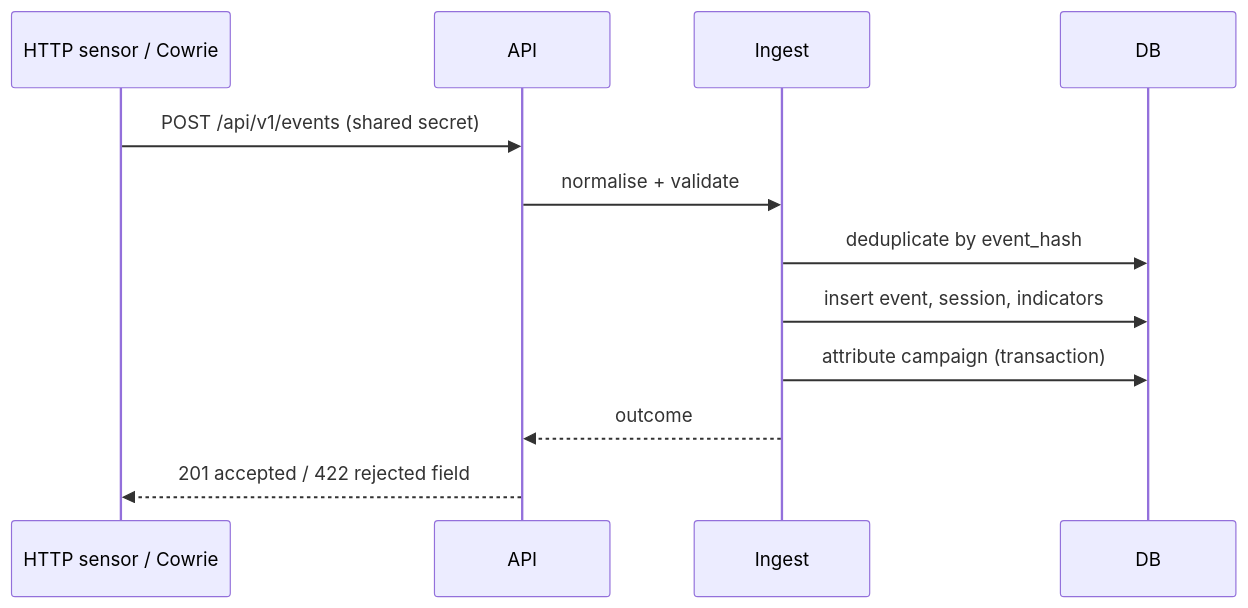
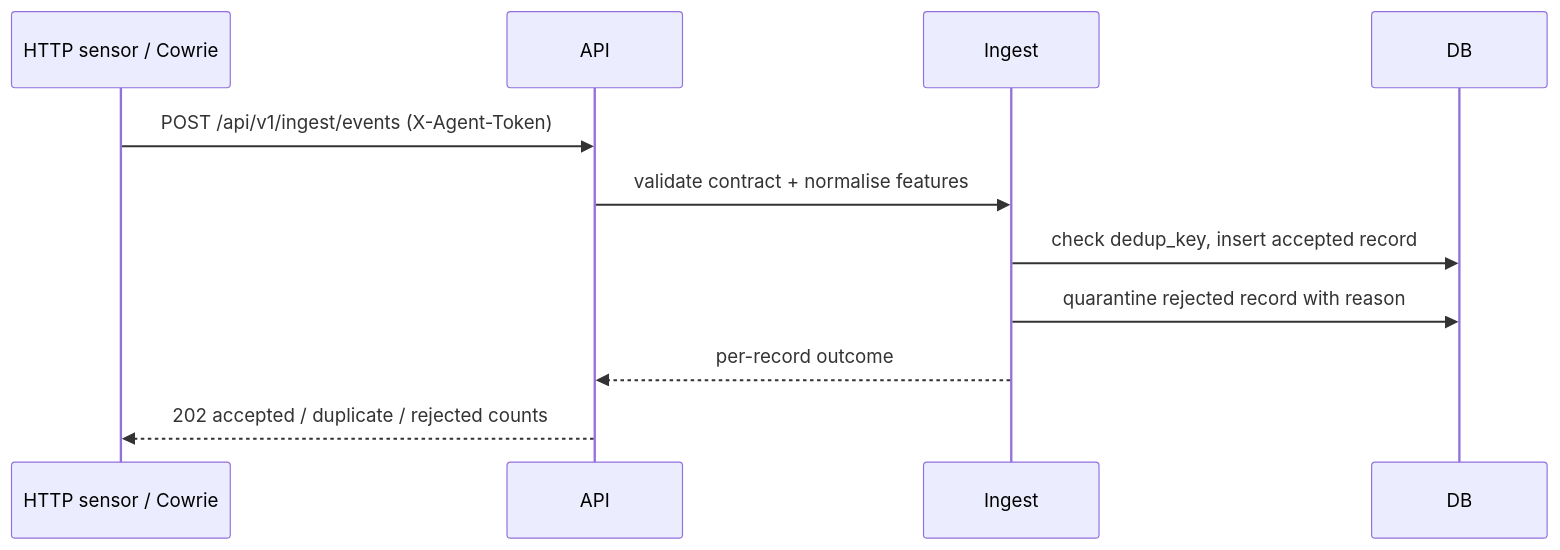
Before and after one commit to heyytrayamm/ThreatPolish: the second of 3 diagrams in docs/02-architecture.md, drawn with Mermaid. The commit also changed other lines of this file and 53 other files, not shown here.

````diff
--- a/docs/02-architecture.md
+++ b/docs/02-architecture.md
@@ -56,14 +55,13 @@
 ```mermaid
 sequenceDiagram
   participant Sensor as HTTP sensor / Cowrie
   participant API
   participant Ingest
   participant DB
-  Sensor->>API: POST /api/v1/events (shared secret)
-  API->>Ingest: normalise + validate
-  Ingest->>DB: deduplicate by event_hash
-  Ingest->>DB: insert event, session, indicators
-  Ingest->>DB: attribute campaign (transaction)
-  Ingest-->>API: outcome
-  API-->>Sensor: 201 accepted / 422 rejected field
+  Sensor->>API: POST /api/v1/ingest/events (X-Agent-Token)
+  API->>Ingest: validate contract + normalise features
+  Ingest->>DB: check dedup_key, insert accepted record
+  Ingest->>DB: quarantine rejected record with reason
+  Ingest-->>API: per-record outcome
+  API-->>Sensor: 202 accepted / duplicate / rejected counts
 ```
````
